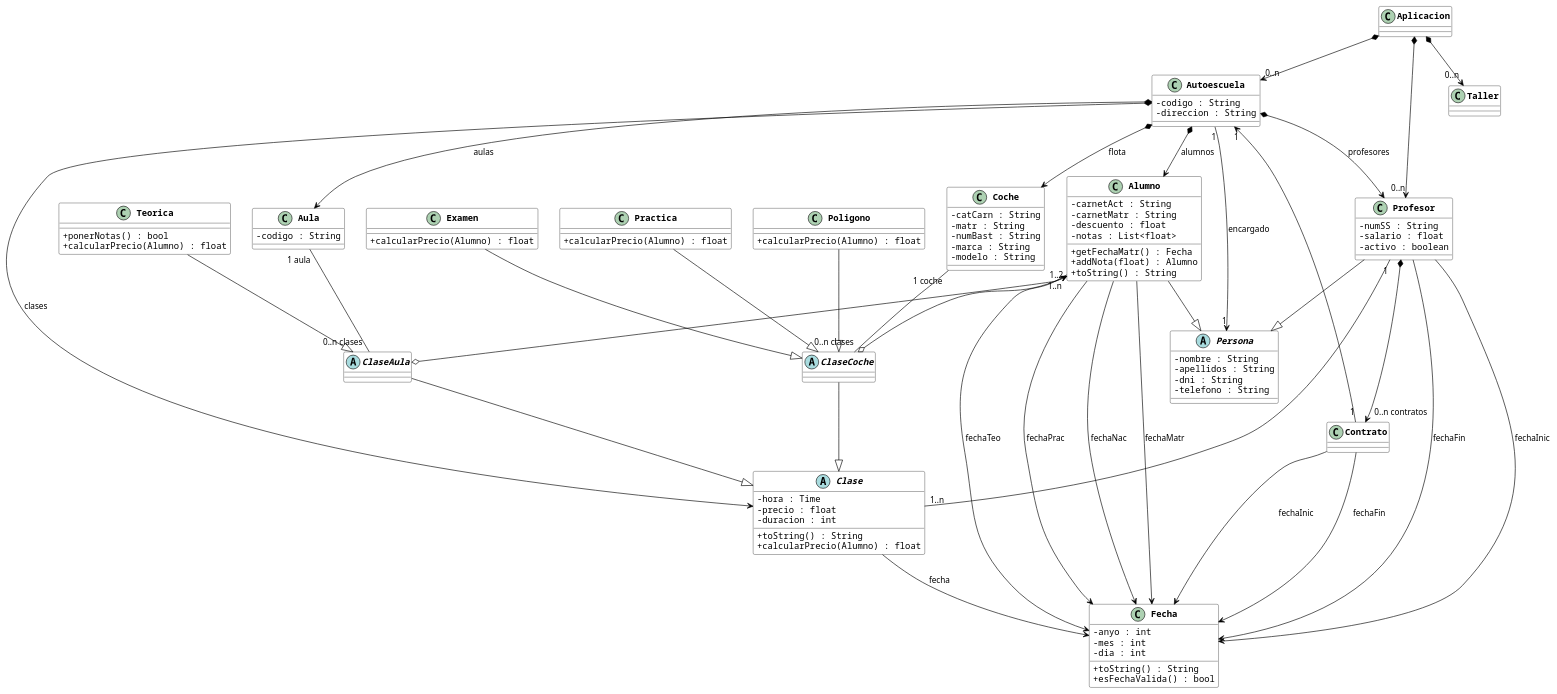
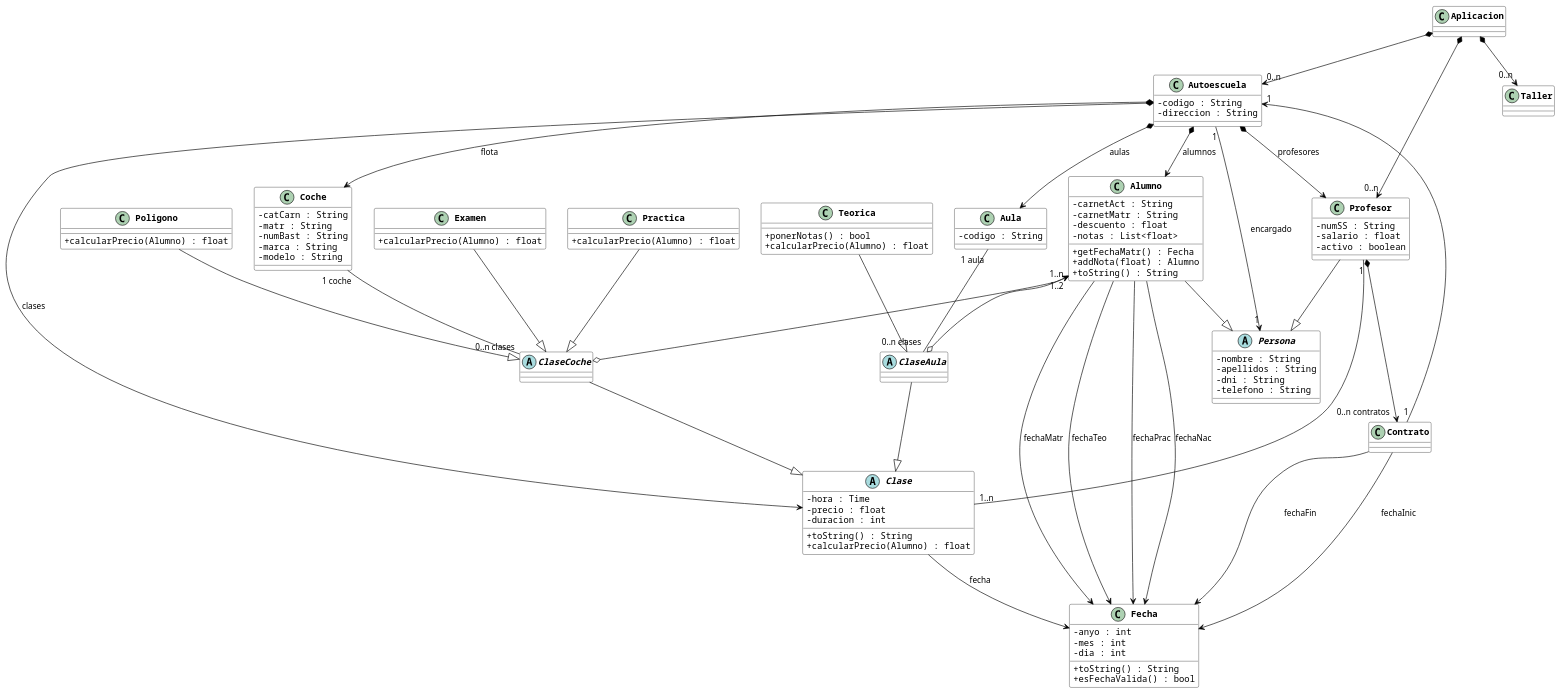
One commit to Lletfrix/Analisis_y_Dise-o_de_Software_2017_2018 changed the diagram in 2P/ejercicio2.puml. Above: the diagram before and after it, drawn with PlantUML. The commit also changed 5 other files, not shown here.

```diff
--- a/2P/ejercicio2.puml
+++ b/2P/ejercicio2.puml
@@ -1,155 +1,152 @@
 @startuml
 skinparam {
   classAttributeIconSize 0
   ClassBorderColor Black
   ClassBackgroundColor White
   ClassFontStyle bold
   ClassFontName Courier
   sequenceMessageAlign direction
   ClassAttributeFontName Courier
   ArrowColor Black
   Shadowing false
   'linetype ortho
   'handwritten true
 }
 
 hide enum methods
 
 class Fecha {
 	- anyo : int
 	- mes : int
 	- dia : int
 
 	+ toString() : String
 	+ esFechaValida() : bool
 }
 
 abstract class Clase {
 	- hora : Time
 	- precio : float
 	- duracion : int
 
 	+ toString() : String
 	+ calcularPrecio(Alumno) : float
 }
 
 abstract class ClaseAula{
 
 }
 
 abstract class ClaseCoche{
 
 }
 
     class Teorica{
       + ponerNotas() : bool
   + calcularPrecio(Alumno) : float
 }
 
 class Examen{
 
   + calcularPrecio(Alumno) : float
 }
 
 class Practica{
 
   + calcularPrecio(Alumno) : float
 }
 
 class Poligono{
 
   + calcularPrecio(Alumno) : float
 }
 
 class Alumno {
 	- carnetAct : String
 	- carnetMatr : String
 	- descuento : float
     - notas : List<float>
 
 	+ getFechaMatr() : Fecha
     + addNota(float) : Alumno
 	+ toString() : String
 }
 
 abstract class Persona{
   - nombre : String
   - apellidos : String
   - dni : String
   - telefono : String
 
 }
 
 class Profesor{
   - numSS : String
   - salario : float
   - activo : boolean
 }
 
 class Coche{
   - catCarn : String
   - matr : String
   - numBast : String
   - marca : String
   - modelo : String
 
 }
 
 class Aula{
   - codigo : String
 }
 
 class Autoescuela{
   - codigo : String
   - direccion : String
 }
 
 Alumno --> Fecha : fechaTeo
 Alumno --> Fecha : fechaPrac
 Alumno --> Fecha : fechaNac
 Alumno --> Fecha : fechaMatr
 
-Profesor --> Fecha : fechaInic
-Profesor --> Fecha : fechaFin
-
 Autoescuela "1" --> "1" Persona : encargado
 Clase --> Fecha : fecha
 
 Aula "1 aula" -- "0..n clases" ClaseAula
 Coche "1 coche" -- "0..n clases" ClaseCoche
 
 ClaseAula --|> Clase
 ClaseCoche --|> Clase
 Teorica --|> ClaseAula
 Examen --|> ClaseCoche
 Practica --|> ClaseCoche
 Poligono --|> ClaseCoche
 Alumno --|> Persona
 Profesor --|> Persona
 
 Alumno "1..n" <--o ClaseAula
 Alumno "1..2" <--o ClaseCoche
 
 Autoescuela *--> Aula : aulas
 Autoescuela *--> Clase : clases
 Autoescuela *--> Alumno : alumnos
 Autoescuela *--> Profesor : profesores
 Autoescuela *--> Coche : flota
 
 Profesor "1" -- "1..n" Clase
 
 class Contrato {
 }
 Contrato --> Fecha : fechaInic
 Contrato --> Fecha : fechaFin
 Contrato "1" --> "1" Autoescuela
 Profesor *--> "0..n contratos" Contrato
 
 class Aplicacion{
 }
 
 Aplicacion *--> "0..n" Autoescuela
 Aplicacion *--> "0..n" Profesor
 Aplicacion *--> "0..n" Taller
 
 @enduml
```
